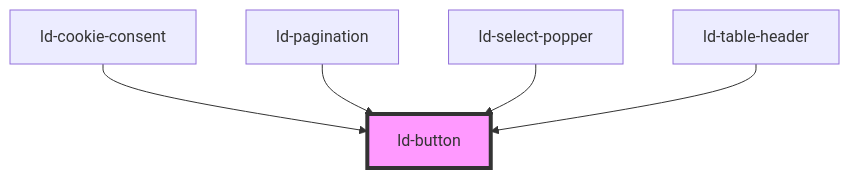
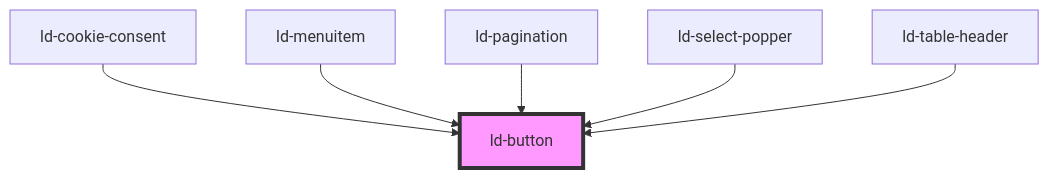
One commit to emdgroup-liquid/liquid changed the diagram in src/liquid/components/ld-button/readme.md. Above: the diagram before and after it, drawn with Mermaid. The commit also changed other lines of this file and 2 other files, not shown here.

Commit message:
feat(ld-button): add neutral modes (wip)

````diff
--- a/src/liquid/components/ld-button/readme.md
+++ b/src/liquid/components/ld-button/readme.md
@@ -675,8 +676,9 @@
 ```mermaid
 graph TD;
   ld-cookie-consent --> ld-button
+  ld-menuitem --> ld-button
   ld-pagination --> ld-button
   ld-select-popper --> ld-button
   ld-table-header --> ld-button
   style ld-button fill:#f9f,stroke:#333,stroke-width:4px
 ```
````
